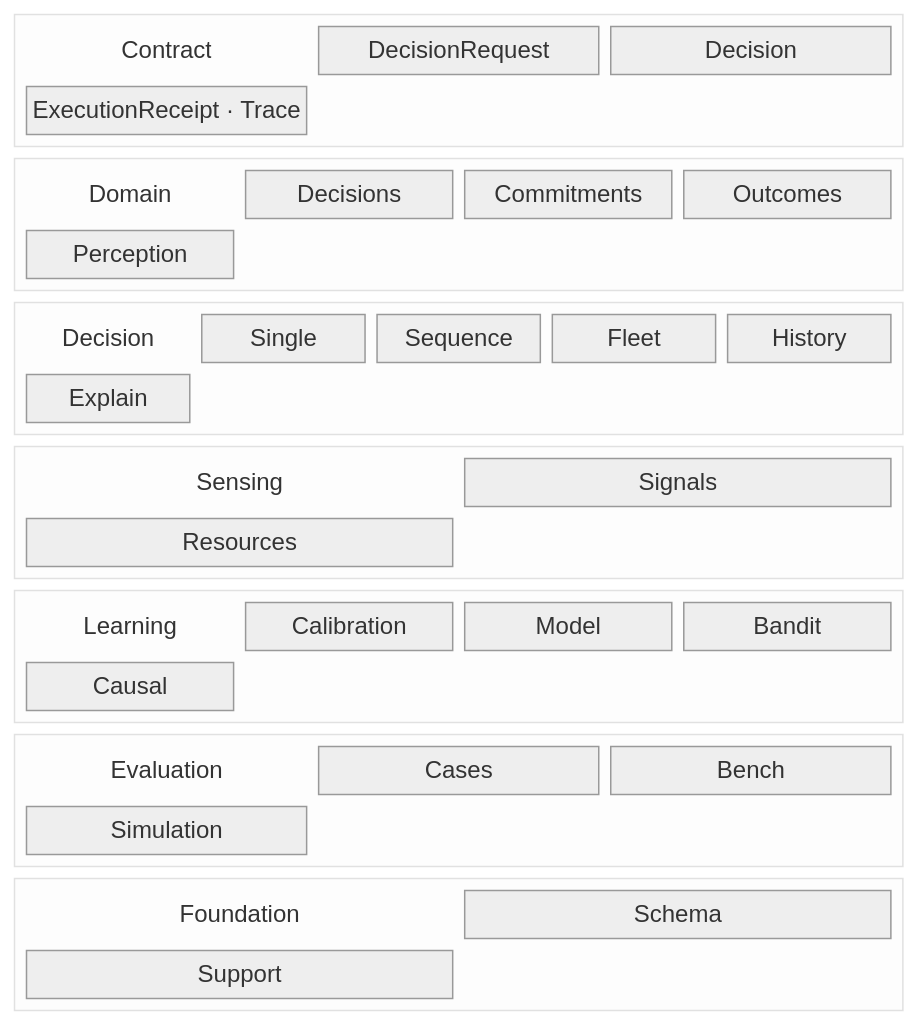
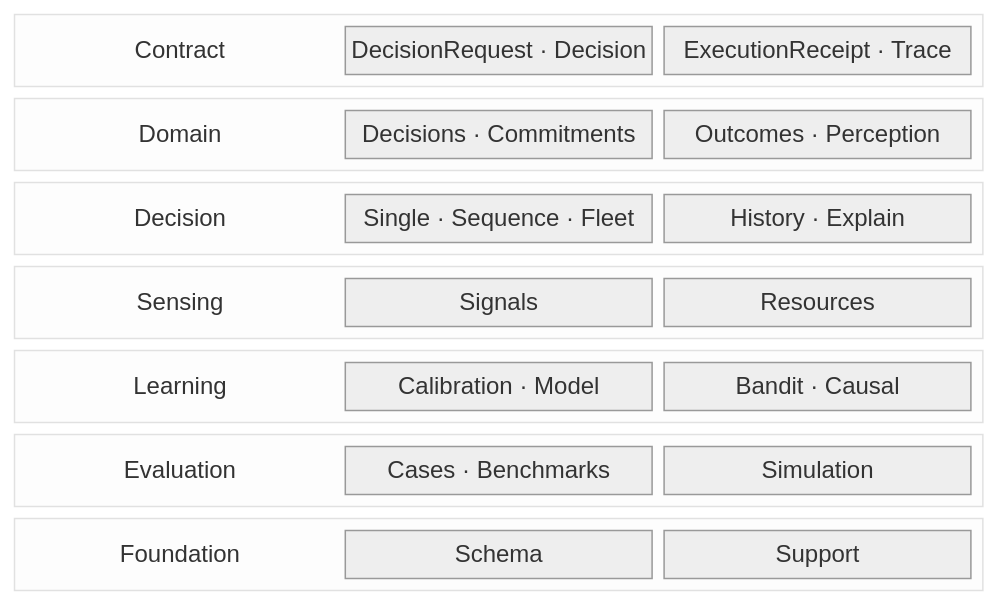
One commit to michaelatamuk/laix changed the diagram in docs/02-core/README.md. Above: the diagram before and after it, drawn with Mermaid (neutral theme). The commit also changed 14 other files, not shown here.

Commit message:
docs: fix diagram accuracy and symmetric block layouts (#27)

````diff
--- a/docs/02-core/README.md
+++ b/docs/02-core/README.md
@@ -96,70 +96,61 @@
 ```mermaid
 block-beta
     columns 1
 
     block:contract
         columns 3
         contract_label["Contract"]
-        request["DecisionRequest"]
-        response["Decision"]
-        trail["ExecutionReceipt · Trace"]
+        request_decision["DecisionRequest · Decision"]
+        receipt_trace["ExecutionReceipt · Trace"]
     end
 
     block:domain
-        columns 4
+        columns 3
         domain_label["Domain"]
-        decisions["Decisions"]
-        commitments["Commitments"]
-        outcomes["Outcomes"]
-        perception["Perception"]
+        decisions_commitments["Decisions · Commitments"]
+        outcomes_perception["Outcomes · Perception"]
     end
 
     block:decision
-        columns 5
+        columns 3
         decision_label["Decision"]
-        single["Single"]
-        sequence["Sequence"]
-        fleet["Fleet"]
-        history["History"]
-        explain["Explain"]
+        single_sequence_fleet["Single · Sequence · Fleet"]
+        history_explain["History · Explain"]
     end
 
     block:sensing
-        columns 2
+        columns 3
         sensing_label["Sensing"]
         signals["Signals"]
         resources["Resources"]
     end
 
     block:learning
-        columns 4
+        columns 3
         learning_label["Learning"]
-        calibration["Calibration"]
-        model["Model"]
-        bandit["Bandit"]
-        causal["Causal"]
+        calibration_model["Calibration · Model"]
+        bandit_causal["Bandit · Causal"]
     end
 
     block:evaluation
         columns 3
         evaluation_label["Evaluation"]
-        cases["Cases"]
-        bench["Bench"]
+        cases_bench["Cases · Benchmarks"]
         simulation["Simulation"]
     end
 
     block:foundation
-        columns 2
+        columns 3
         foundation_label["Foundation"]
         schema["Schema"]
         support["Support"]
     end
 
     style contract_label fill:transparent,stroke:transparent,font-size:14px,font-weight:bold
     style domain_label fill:transparent,stroke:transparent,font-size:14px,font-weight:bold
     style decision_label fill:transparent,stroke:transparent,font-size:14px,font-weight:bold
     style sensing_label fill:transparent,stroke:transparent,font-size:14px,font-weight:bold
     style learning_label fill:transparent,stroke:transparent,font-size:14px,font-weight:bold
     style evaluation_label fill:transparent,stroke:transparent,font-size:14px,font-weight:bold
     style foundation_label fill:transparent,stroke:transparent,font-size:14px,font-weight:bold
 ```
````
